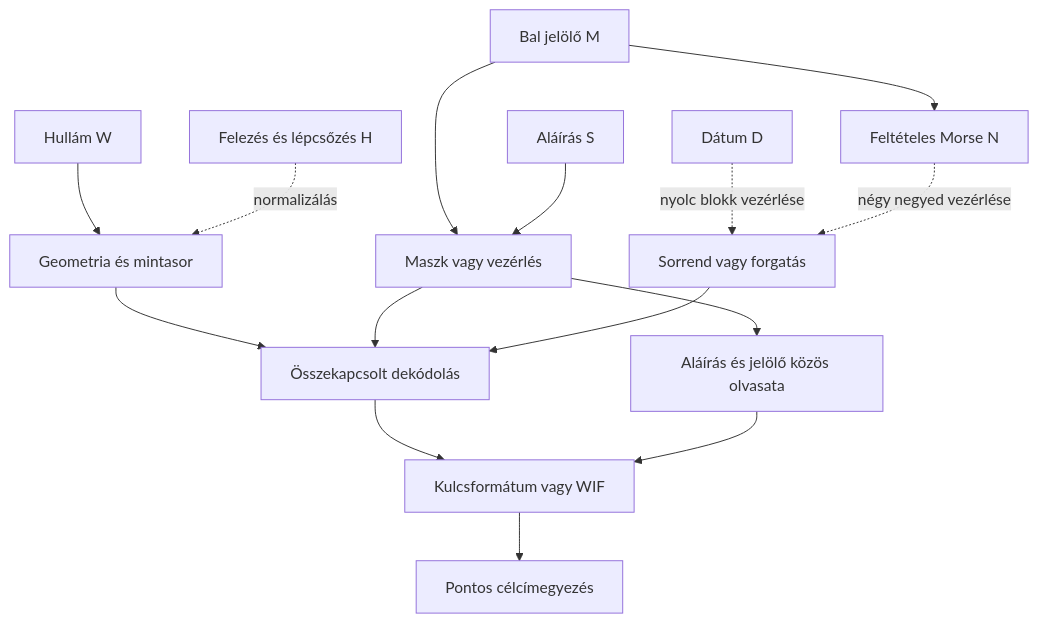
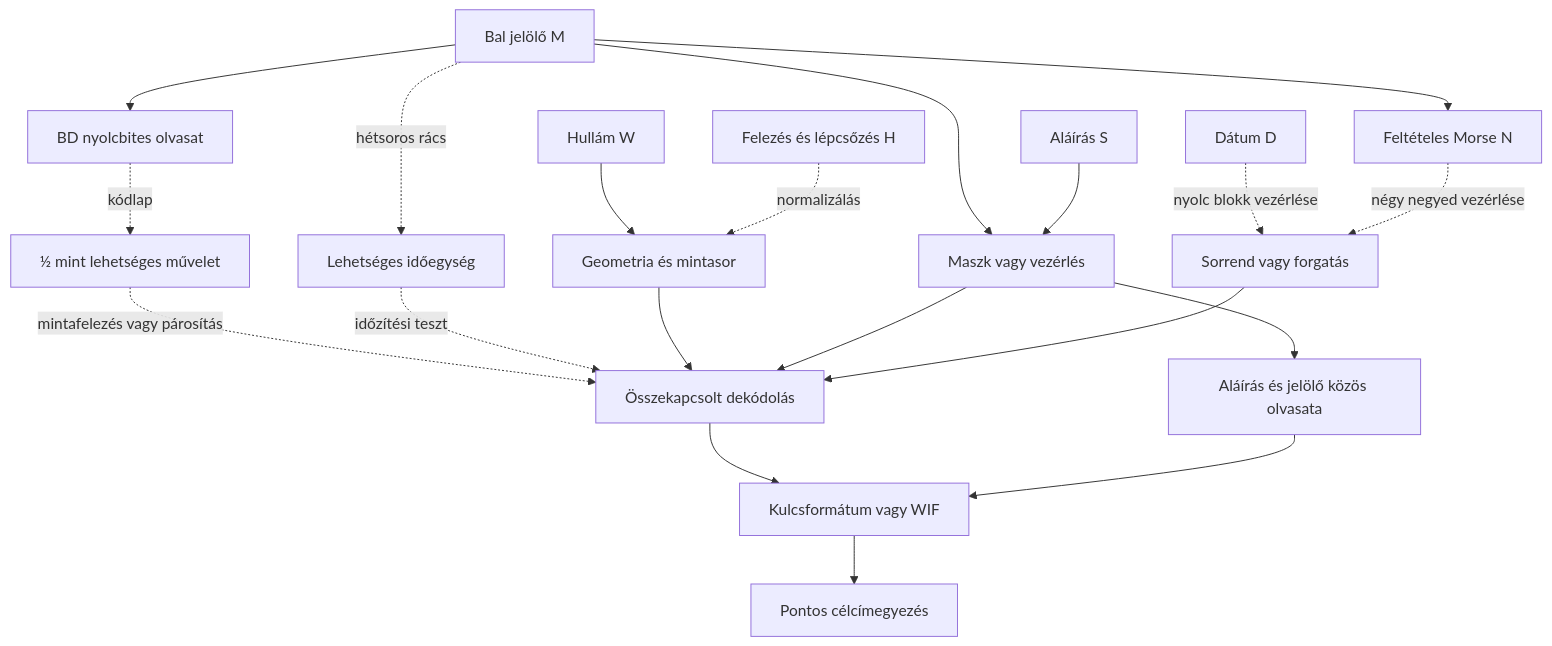
One commit to zsebehazyz/HALV changed the diagram in research/HYPOTHESES.md. Above: the diagram before and after it, drawn with Mermaid. The commit also changed other lines of this file and 20 other files, not shown here.

````diff
--- a/research/HYPOTHESES.md
+++ b/research/HYPOTHESES.md
@@ -20,17 +21,22 @@
 ```mermaid
 flowchart TD
     W[Hullám W] --> R[Geometria és mintasor]
     H[Felezés és lépcsőzés H] -. normalizálás .-> R
     M[Bal jelölő M] --> MASK[Maszk vagy vezérlés]
     M --> N[Feltételes Morse N]
+    M --> B[BD nyolcbites olvasat]
+    B -. kódlap .-> HALF[½ mint lehetséges művelet]
+    HALF -. mintafelezés vagy párosítás .-> JOIN
+    M -. hétsoros rács .-> CLOCK[Lehetséges időegység]
+    CLOCK -. időzítési teszt .-> JOIN
     S[Aláírás S] --> MASK
     D[Dátum D] -. nyolc blokk vezérlése .-> ORDER[Sorrend vagy forgatás]
     N -. négy negyed vezérlése .-> ORDER
     R --> JOIN[Összekapcsolt dekódolás]
     MASK --> JOIN
     ORDER --> JOIN
     MASK --> SM[Aláírás és jelölő közös olvasata]
     JOIN --> F[Kulcsformátum vagy WIF]
     SM --> F
     F --> A[Pontos célcímegyezés]
 ```
````
